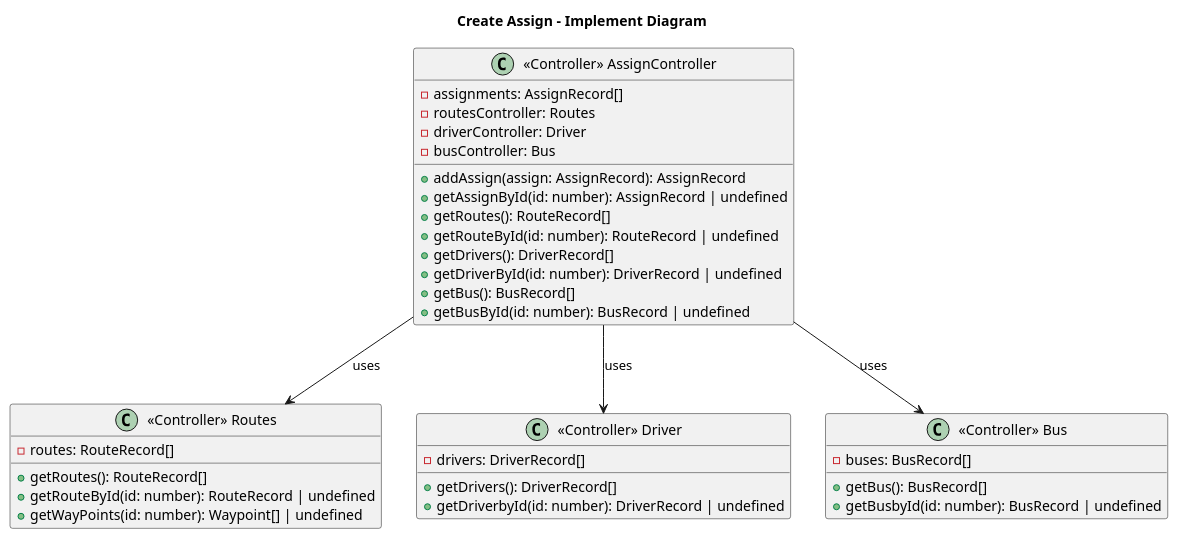
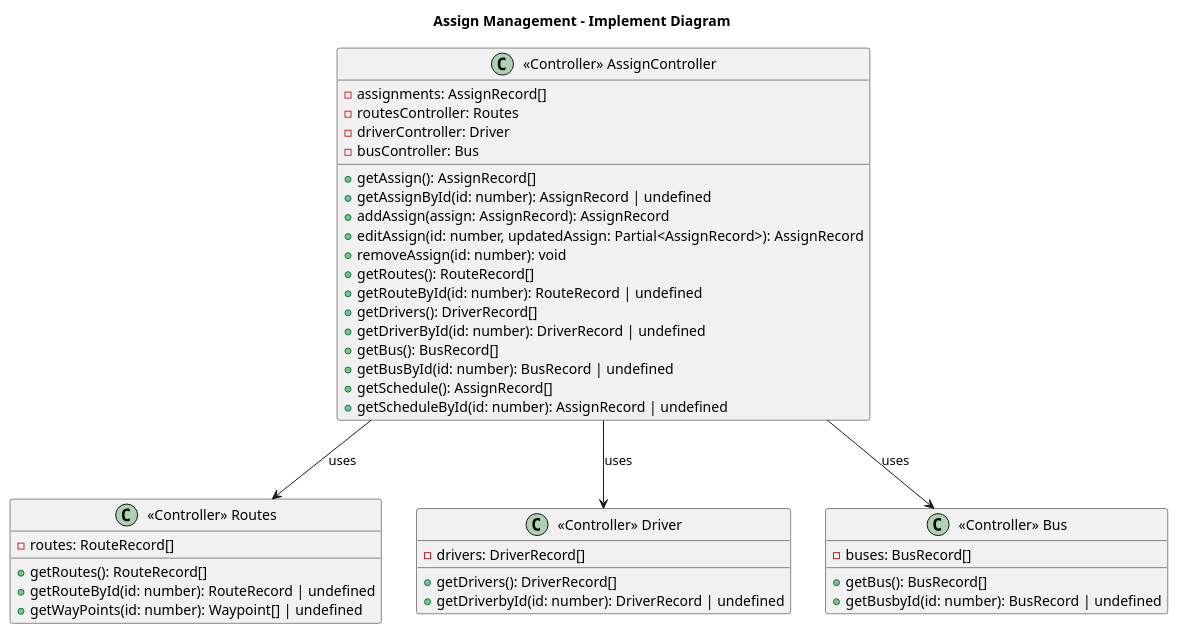
Before and after one commit to Bancie/UltraBus: the diagram in Docs/ModuleDesign/QuanLyPhanCong/Implement_QuanLyPhanCong.puml, drawn with PlantUML. The commit also changed 10 other files, not shown here.

First line of the commit message:
Refactor assignment management diagrams and structure

```diff
--- a/Docs/ModuleDesign/QuanLyPhanCong/Implement_QuanLyPhanCong.puml
+++ b/Docs/ModuleDesign/QuanLyPhanCong/Implement_QuanLyPhanCong.puml
@@ -1,42 +1,47 @@
 @startuml
-title Create Assign - Implement Diagram
+title Assign Management - Implement Diagram
 
 class "<<Controller>> AssignController" as co {
     - assignments: AssignRecord[]
     - routesController: Routes
     - driverController: Driver
     - busController: Bus
+    + getAssign(): AssignRecord[]
+    + getAssignById(id: number): AssignRecord | undefined
     + addAssign(assign: AssignRecord): AssignRecord
-    + getAssignById(id: number): AssignRecord | undefined
+    + editAssign(id: number, updatedAssign: Partial<AssignRecord>): AssignRecord
+    + removeAssign(id: number): void
     + getRoutes(): RouteRecord[]
     + getRouteById(id: number): RouteRecord | undefined
     + getDrivers(): DriverRecord[]
     + getDriverById(id: number): DriverRecord | undefined
     + getBus(): BusRecord[]
     + getBusById(id: number): BusRecord | undefined
+    + getSchedule(): AssignRecord[]
+    + getScheduleById(id: number): AssignRecord | undefined
 }
 
 class "<<Controller>> Routes" as ro {
     - routes: RouteRecord[]
     + getRoutes(): RouteRecord[]
     + getRouteById(id: number): RouteRecord | undefined
     + getWayPoints(id: number): Waypoint[] | undefined
 }
 
 class "<<Controller>> Driver" as dr {
     - drivers: DriverRecord[]
     + getDrivers(): DriverRecord[]
     + getDriverbyId(id: number): DriverRecord | undefined
 }
 
 class "<<Controller>> Bus" as bu {
     - buses: BusRecord[]
     + getBus(): BusRecord[]
     + getBusbyId(id: number): BusRecord | undefined
 }
 
 co --> ro : uses
 co --> dr : uses
 co --> bu : uses
 
 @enduml
```
